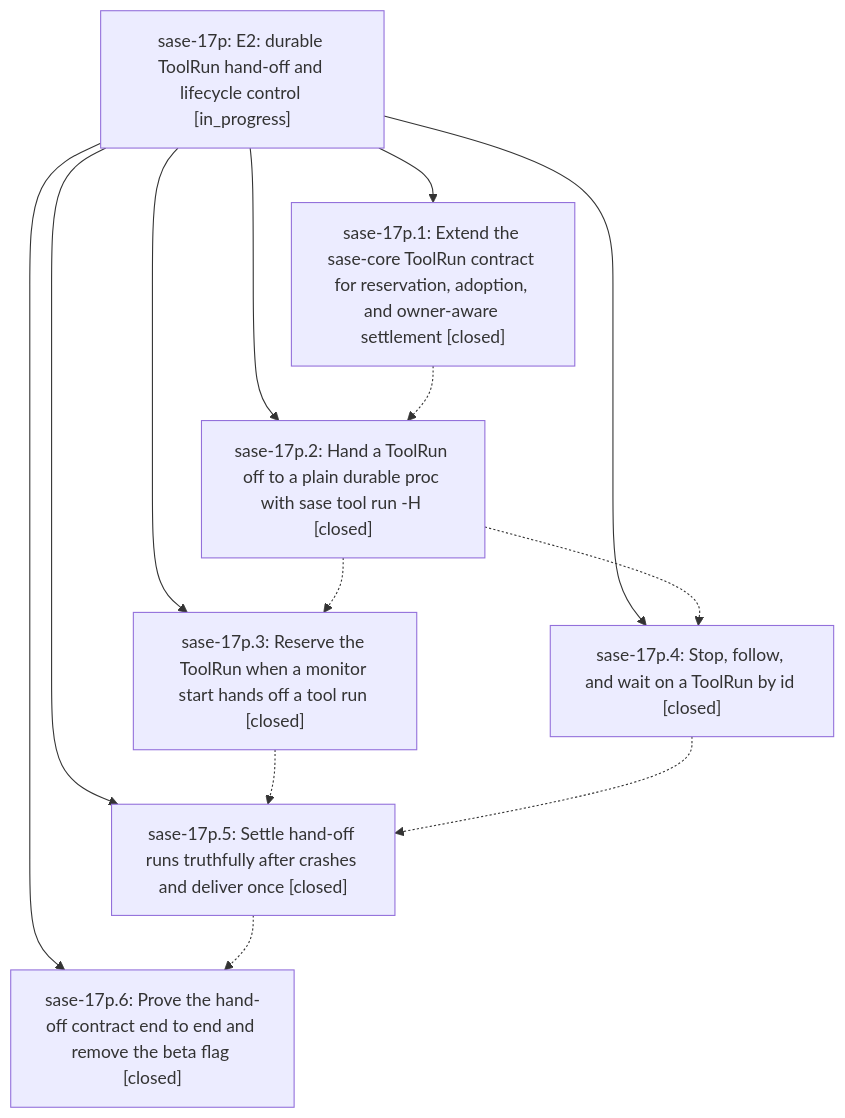
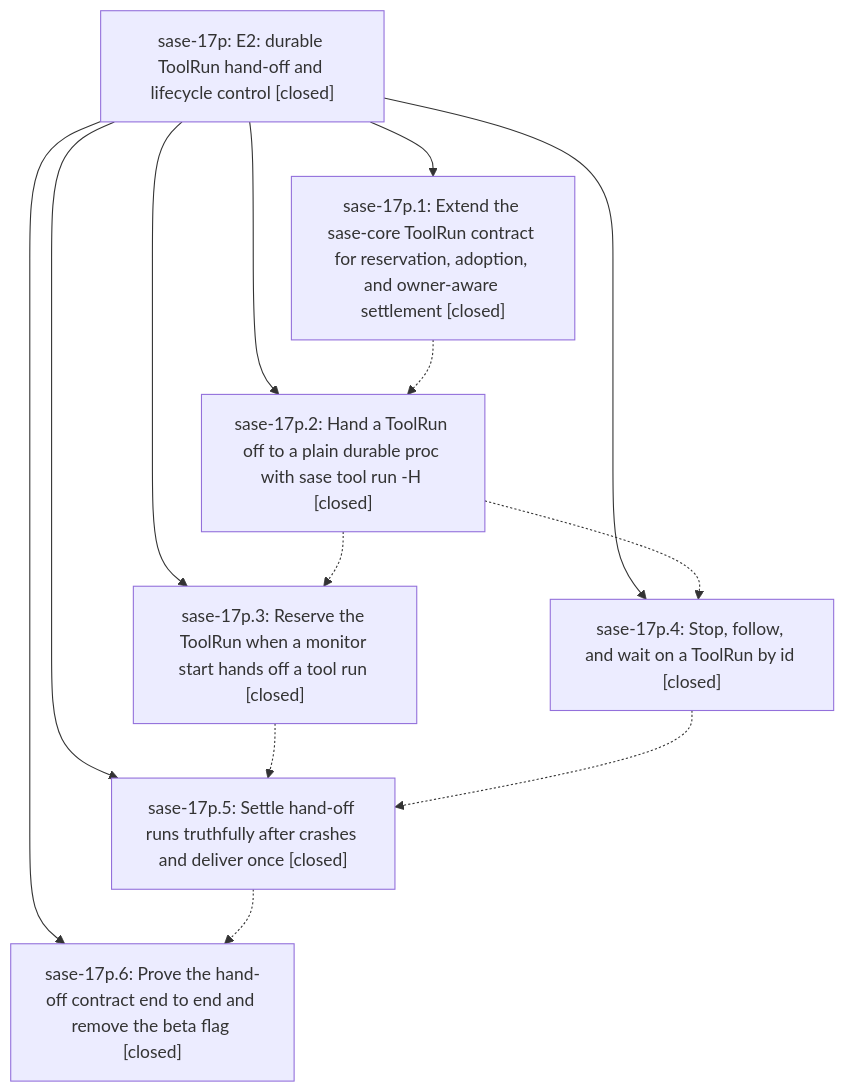
One commit to sase-org/sase--beads changed the diagram in pages/sase-17p/README.md. Above: the diagram before and after it, drawn with Mermaid. The commit also changed other lines of this file and 1 other file, not shown here.

First line of the commit message:
chore(beads): sync bead state and pages for sase-17p

````diff
--- a/pages/sase-17p/README.md
+++ b/pages/sase-17p/README.md
@@ -35,22 +63,22 @@
 ```mermaid
 flowchart TD
-    n0["sase-17p: E2: durable ToolRun hand-off and lifecycle control [in_progress]"]
+    n0["sase-17p: E2: durable ToolRun hand-off and lifecycle control [closed]"]
     n1["sase-17p.1: Extend the sase-core ToolRun contract for reservation, adoption, and owner-aware settlement [closed]"]
     n2["sase-17p.2: Hand a ToolRun off to a plain durable proc with sase tool run -H [closed]"]
     n3["sase-17p.3: Reserve the ToolRun when a monitor start hands off a tool run [closed]"]
     n4["sase-17p.4: Stop, follow, and wait on a ToolRun by id [closed]"]
     n5["sase-17p.5: Settle hand-off runs truthfully after crashes and deliver once [closed]"]
     n6["sase-17p.6: Prove the hand-off contract end to end and remove the beta flag [closed]"]
     n0 --> n1
     n0 --> n2
     n0 --> n3
     n0 --> n4
     n0 --> n5
     n0 --> n6
     n1 -.-> n2
     n2 -.-> n3
     n2 -.-> n4
     n3 -.-> n5
     n4 -.-> n5
     n5 -.-> n6
 ```
````
